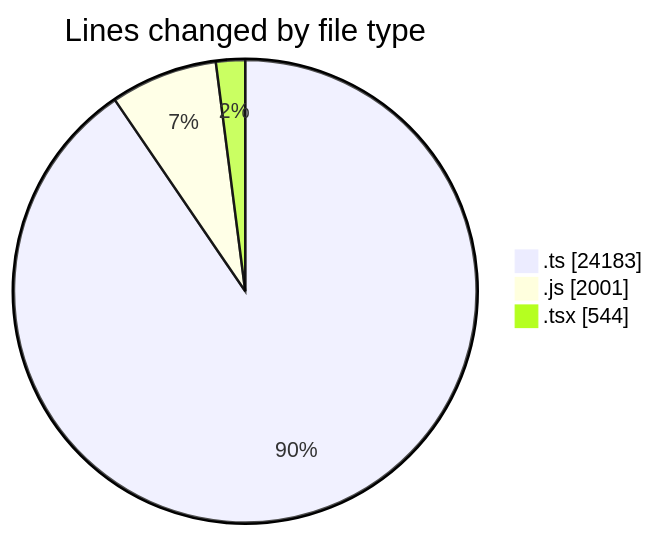
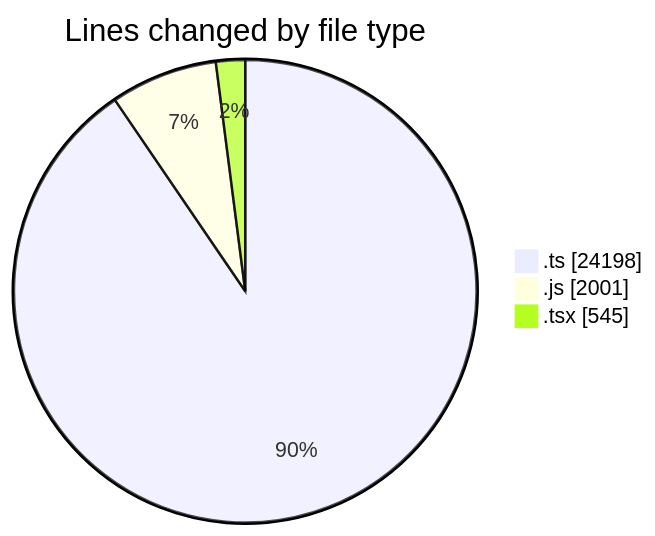
One commit to momahboobian/code-tracking changed the first of 2 diagrams in 2025-06-20/cda/README.md. Above: the diagram before and after it, drawn with Mermaid. The commit also changed other lines of this file and 1 other file, not shown here.

````diff
--- a/2025-06-20/cda/README.md
+++ b/2025-06-20/cda/README.md
@@ -34,7 +35,7 @@
 ```mermaid
 pie showData
 title Lines changed by file type
-".ts" : 24183
+".ts" : 24198
 ".js" : 2001
-".tsx" : 544
+".tsx" : 545
 ```
````
